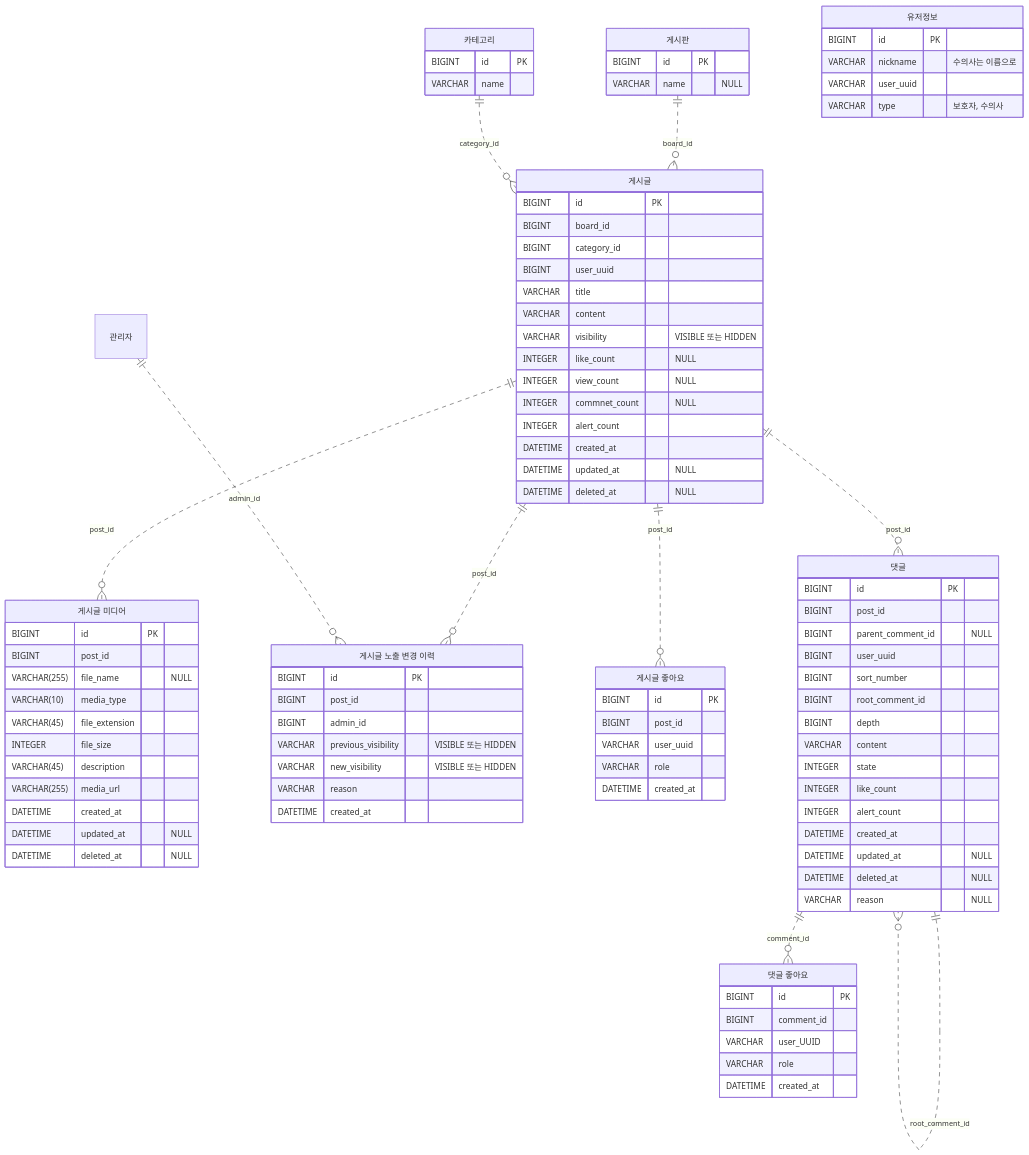
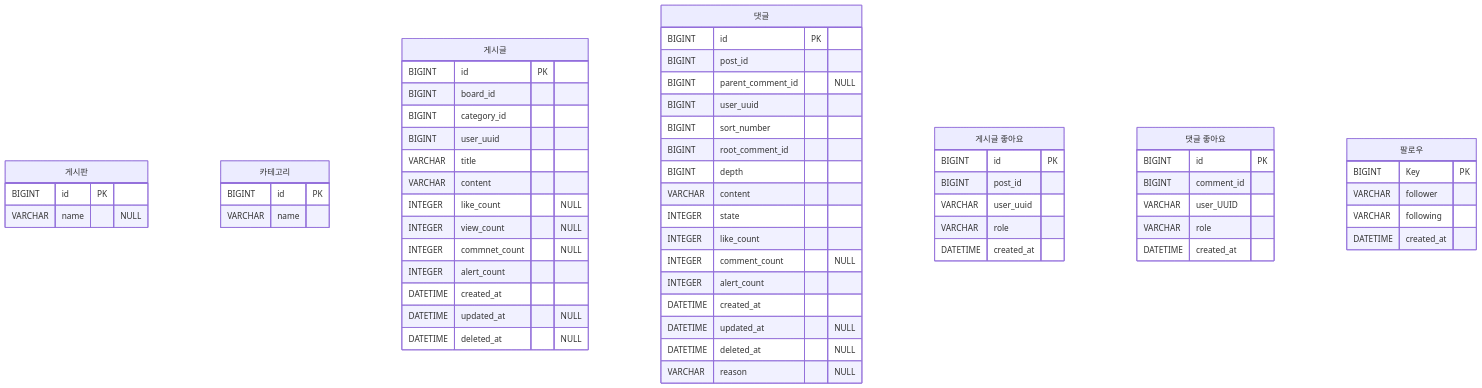
One commit to louie-kury/louie-kury-document changed the sixth of 7 diagrams in docs/erd.md. Above: the diagram before and after it, drawn with Mermaid. The commit also changed other lines of this file, not shown here.

Commit message:
docs: 최신 SQL과 MongoDB 구분에 맞춰 ERD 재작성

````diff
--- a/docs/erd.md
+++ b/docs/erd.md
@@ -471,22 +244,5 @@
 ```mermaid
 erDiagram
-    "게시판" ||..o{ "게시글" : "board_id"
-    "카테고리" ||..o{ "게시글" : "category_id"
-    "게시글" ||..o{ "게시글 미디어" : "post_id"
-    "게시글" ||..o{ "게시글 노출 변경 이력" : "post_id"
-    "관리자" ||..o{ "게시글 노출 변경 이력" : "admin_id"
-    "게시글" ||..o{ "게시글 좋아요" : "post_id"
-    "게시글" ||..o{ "댓글" : "post_id"
-    "댓글" |o..o{ "댓글" : "parent_comment_id"
-    "댓글" ||..o{ "댓글" : "root_comment_id"
-    "댓글" ||..o{ "댓글 좋아요" : "comment_id"
-
-    "유저정보" {
-        BIGINT id PK
-        VARCHAR nickname "수의사는 이름으로"
-        VARCHAR user_uuid
-        VARCHAR type "보호자, 수의사"
-    }
     "게시판" {
         BIGINT id PK
         VARCHAR name "NULL"
@@ -502,7 +258,6 @@
         BIGINT user_uuid
         VARCHAR title
         VARCHAR content
-        VARCHAR visibility "VISIBLE 또는 HIDDEN"
         INTEGER like_count "NULL"
         INTEGER view_count "NULL"
         INTEGER commnet_count "NULL"
@@ -510,35 +265,6 @@
         DATETIME created_at
         DATETIME updated_at "NULL"
         DATETIME deleted_at "NULL"
-    }
-    "게시글 노출 변경 이력" {
-        BIGINT id PK
-        BIGINT post_id
-        BIGINT admin_id
-        VARCHAR previous_visibility "VISIBLE 또는 HIDDEN"
-        VARCHAR new_visibility "VISIBLE 또는 HIDDEN"
-        VARCHAR reason
-        DATETIME created_at
-    }
-    "게시글 미디어" {
-        BIGINT id PK
-        BIGINT post_id
-        VARCHAR(255) file_name "NULL"
-        VARCHAR(10) media_type
-        VARCHAR(45) file_extension
-        INTEGER file_size
-        VARCHAR(45) description
-        VARCHAR(255) media_url
-        DATETIME created_at
-        DATETIME updated_at "NULL"
-        DATETIME deleted_at "NULL"
-    }
-    "게시글 좋아요" {
-        BIGINT id PK
-        BIGINT post_id
-        VARCHAR user_uuid
-        VARCHAR role
-        DATETIME created_at
     }
     "댓글" {
         BIGINT id PK
@@ -551,11 +277,19 @@
         VARCHAR content
         INTEGER state
         INTEGER like_count
+        INTEGER comment_count "NULL"
         INTEGER alert_count
         DATETIME created_at
         DATETIME updated_at "NULL"
         DATETIME deleted_at "NULL"
         VARCHAR reason "NULL"
+    }
+    "게시글 좋아요" {
+        BIGINT id PK
+        BIGINT post_id
+        VARCHAR user_uuid
+        VARCHAR role
+        DATETIME created_at
     }
     "댓글 좋아요" {
         BIGINT id PK
@@ -564,4 +298,10 @@
         VARCHAR role
         DATETIME created_at
     }
+    "팔로우" {
+        BIGINT Key PK
+        VARCHAR follower
+        VARCHAR following
+        DATETIME created_at
+    }
 ```
````
